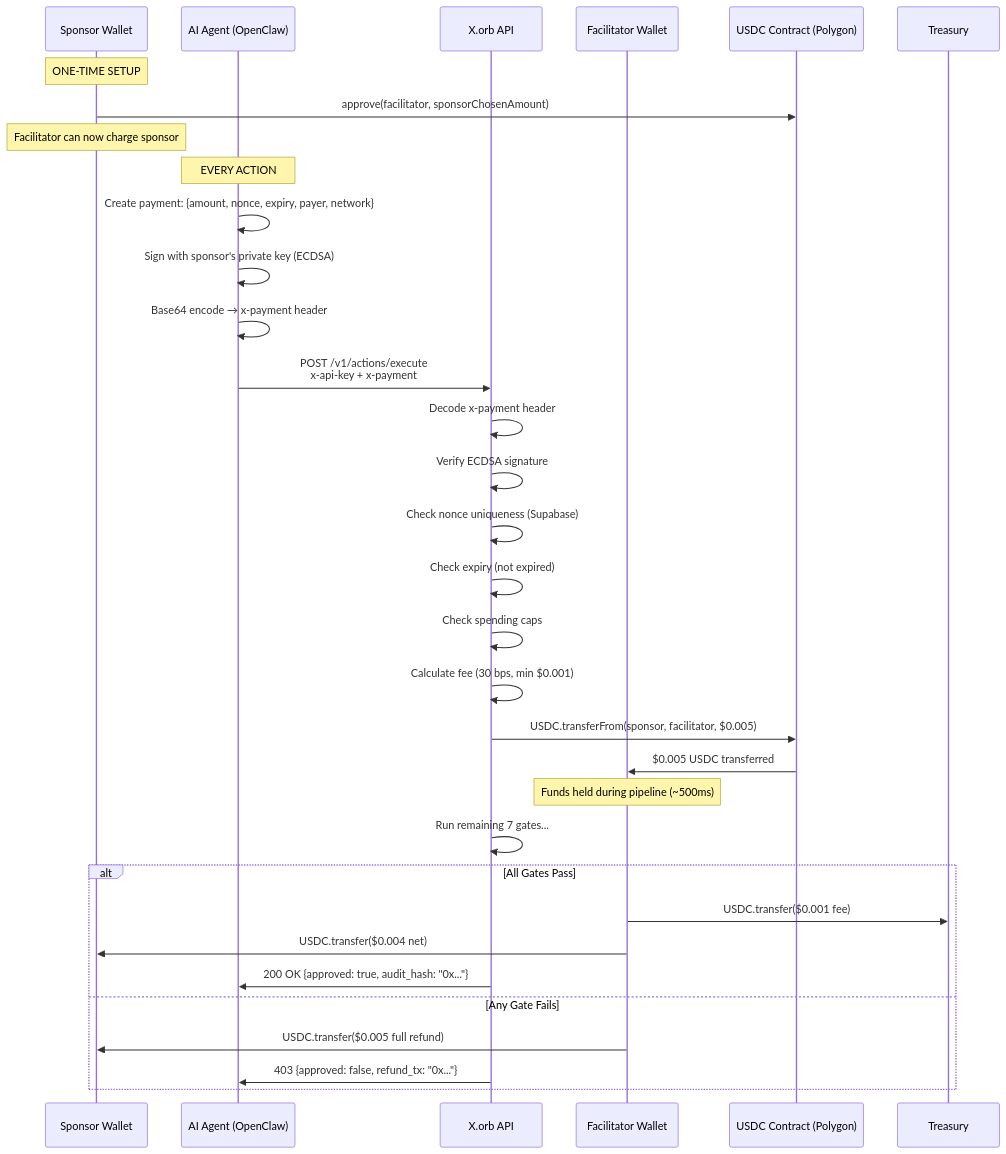
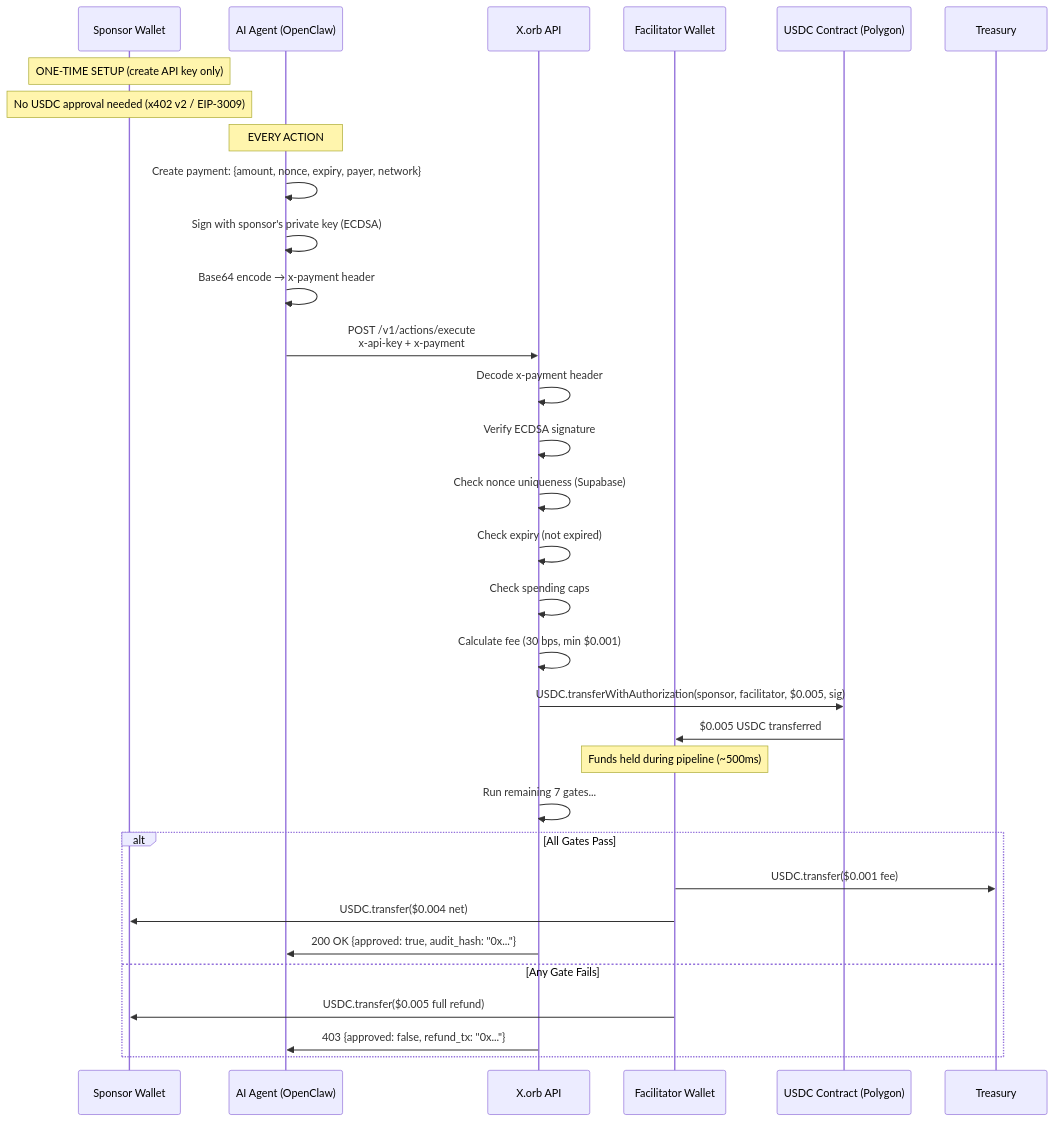
One commit to bidurkhatri/X.orb changed the second of 4 diagrams in docs/x402-agent-journey.md. Above: the diagram before and after it, drawn with Mermaid. The commit also changed other lines of this file and 9 other files, not shown here.

````diff
--- a/docs/x402-agent-journey.md
+++ b/docs/x402-agent-journey.md
@@ -769,42 +757,41 @@
 ```mermaid
 sequenceDiagram
     participant S as Sponsor Wallet
     participant A as AI Agent (OpenClaw)
     participant X as X.orb API
     participant F as Facilitator Wallet
     participant U as USDC Contract (Polygon)
     participant T as Treasury
 
-    Note over S: ONE-TIME SETUP
-    S->>U: approve(facilitator, sponsorChosenAmount)
-    Note over S: Facilitator can now charge sponsor
+    Note over S: ONE-TIME SETUP (create API key only)
+    Note over S: No USDC approval needed (x402 v2 / EIP-3009)
 
     Note over A: EVERY ACTION
     A->>A: Create payment: {amount, nonce, expiry, payer, network}
     A->>A: Sign with sponsor's private key (ECDSA)
     A->>A: Base64 encode → x-payment header
 
     A->>X: POST /v1/actions/execute<br/>x-api-key + x-payment
 
     X->>X: Decode x-payment header
     X->>X: Verify ECDSA signature
     X->>X: Check nonce uniqueness (Supabase)
     X->>X: Check expiry (not expired)
     X->>X: Check spending caps
     X->>X: Calculate fee (30 bps, min $0.001)
 
-    X->>U: USDC.transferFrom(sponsor, facilitator, $0.005)
+    X->>U: USDC.transferWithAuthorization(sponsor, facilitator, $0.005, sig)
     U->>F: $0.005 USDC transferred
     Note over F: Funds held during pipeline (~500ms)
 
     X->>X: Run remaining 7 gates...
 
     alt All Gates Pass
         F->>T: USDC.transfer($0.001 fee)
         F->>S: USDC.transfer($0.004 net)
         X->>A: 200 OK {approved: true, audit_hash: "0x..."}
     else Any Gate Fails
         F->>S: USDC.transfer($0.005 full refund)
         X->>A: 403 {approved: false, refund_tx: "0x..."}
     end
 ```
````
